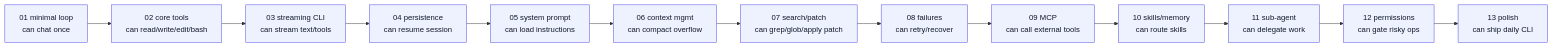
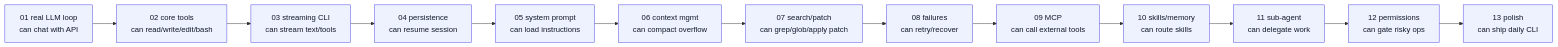
One commit to 1330482928/kai-code-agent changed the second of 3 diagrams in code-agent-roadmap/README.md. Above: the diagram before and after it, drawn with Mermaid. The commit also changed other lines of this file and 40 other files, not shown here.

````diff
--- a/code-agent-roadmap/README.md
+++ b/code-agent-roadmap/README.md
@@ -27,18 +27,18 @@
 ```mermaid
 flowchart LR
-  S01["01 minimal loop\ncan chat once"] --> S02["02 core tools\ncan read/write/edit/bash"]
+  S01["01 real LLM loop\ncan chat with API"] --> S02["02 core tools\ncan read/write/edit/bash"]
   S02 --> S03["03 streaming CLI\ncan stream text/tools"]
   S03 --> S04["04 persistence\ncan resume session"]
   S04 --> S05["05 system prompt\ncan load instructions"]
   S05 --> S06["06 context mgmt\ncan compact overflow"]
   S06 --> S07["07 search/patch\ncan grep/glob/apply patch"]
   S07 --> S08["08 failures\ncan retry/recover"]
   S08 --> S09["09 MCP\ncan call external tools"]
   S09 --> S10["10 skills/memory\ncan route skills"]
   S10 --> S11["11 sub-agent\ncan delegate work"]
   S11 --> S12["12 permissions\ncan gate risky ops"]
   S12 --> S13["13 polish\ncan ship daily CLI"]
 
   classDef done fill:#eef2ff,stroke:#4f46e5,color:#111827;
   class S01,S02,S03,S04,S05,S06,S07,S08,S09,S10,S11,S12,S13 done;
 ```
````
